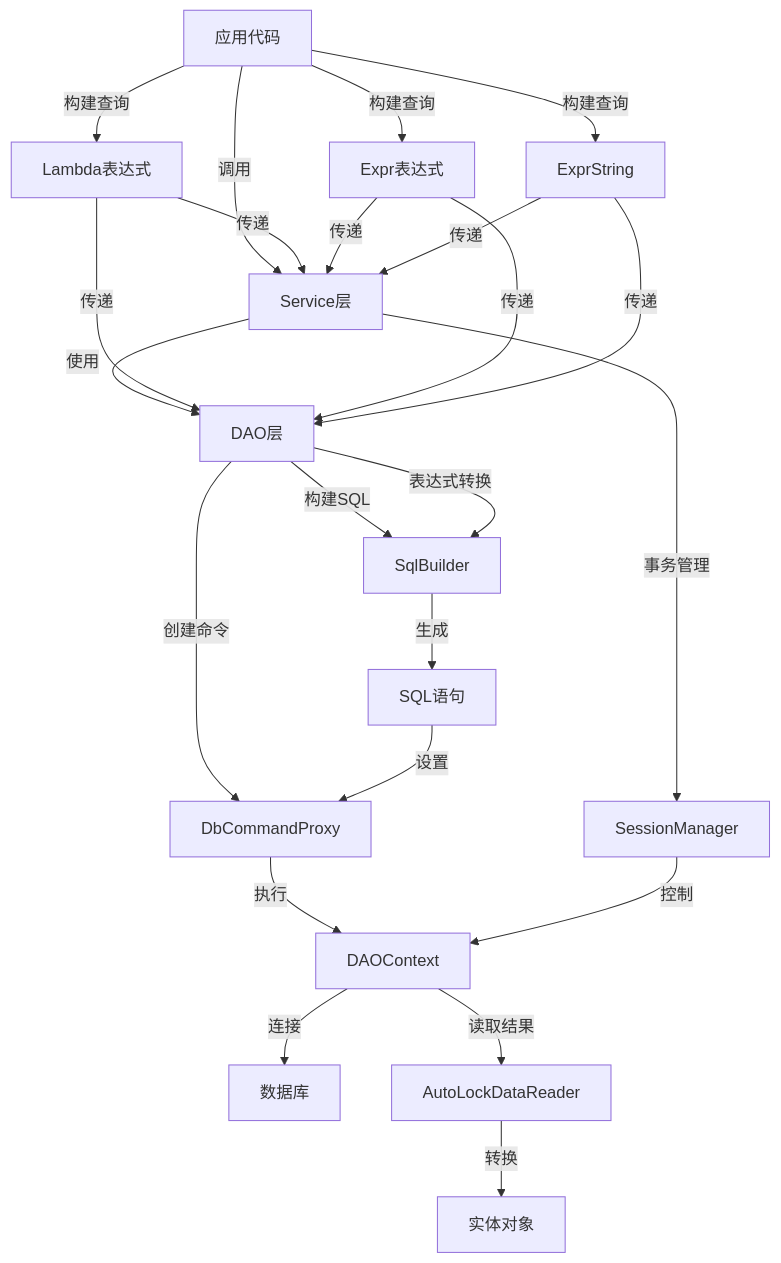
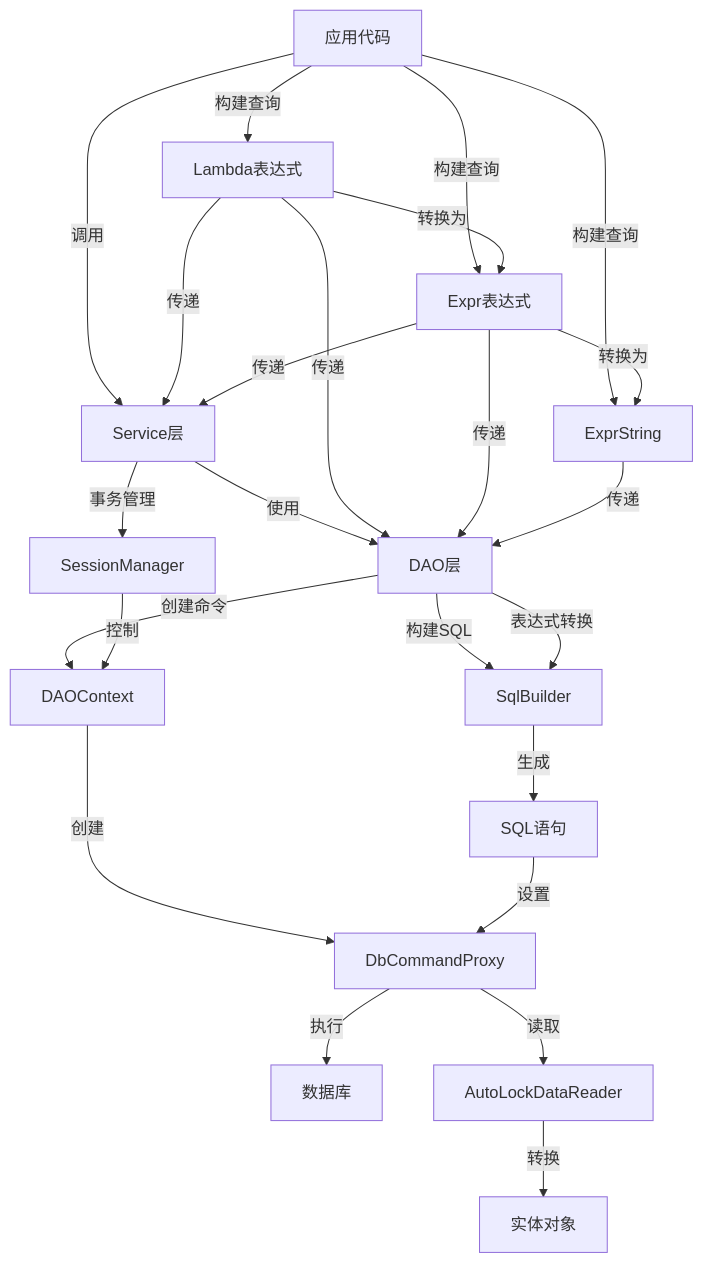
Before and after one commit to danjiewu/LiteOrm: the diagram in CODE_WIKI.md, drawn with Mermaid. The commit also changed other lines of this file, not shown here.

````diff
--- a/CODE_WIKI.md
+++ b/CODE_WIKI.md
@@ -99,25 +99,26 @@
 ```mermaid
 flowchart TD
     A[应用代码] -->|调用| B[Service层]
     B -->|使用| C[DAO层]
     C -->|构建SQL| D[SqlBuilder]
-    C -->|创建命令| J[DbCommandProxy]
-    J -->|执行| E[DAOContext]
-    E -->|连接| F[数据库]
-    E -->|读取结果| K[AutoLockDataReader]
+    C -->|创建命令| E[DAOContext]
+    E -->|创建| J[DbCommandProxy]
+    J -->|执行| F[数据库]
+    J -->|读取| K[AutoLockDataReader]
     K -->|转换| L[实体对象]
     A -->|构建查询| G1[Lambda表达式]
     A -->|构建查询| G2[Expr表达式]
     A -->|构建查询| G3[ExprString]
+    G1 -->|转换为| G2
+    G2 -->|转换为| G3
     G1 -->|传递| B
     G2 -->|传递| B
-    G3 -->|传递| B
     G1 -->|传递| C
     G2 -->|传递| C
     G3 -->|传递| C
     C -->|表达式转换| D
     D -->|生成| H[SQL语句]
     H -->|设置| J
     B -->|事务管理| I[SessionManager]
     I -->|控制| E
 ```
````
